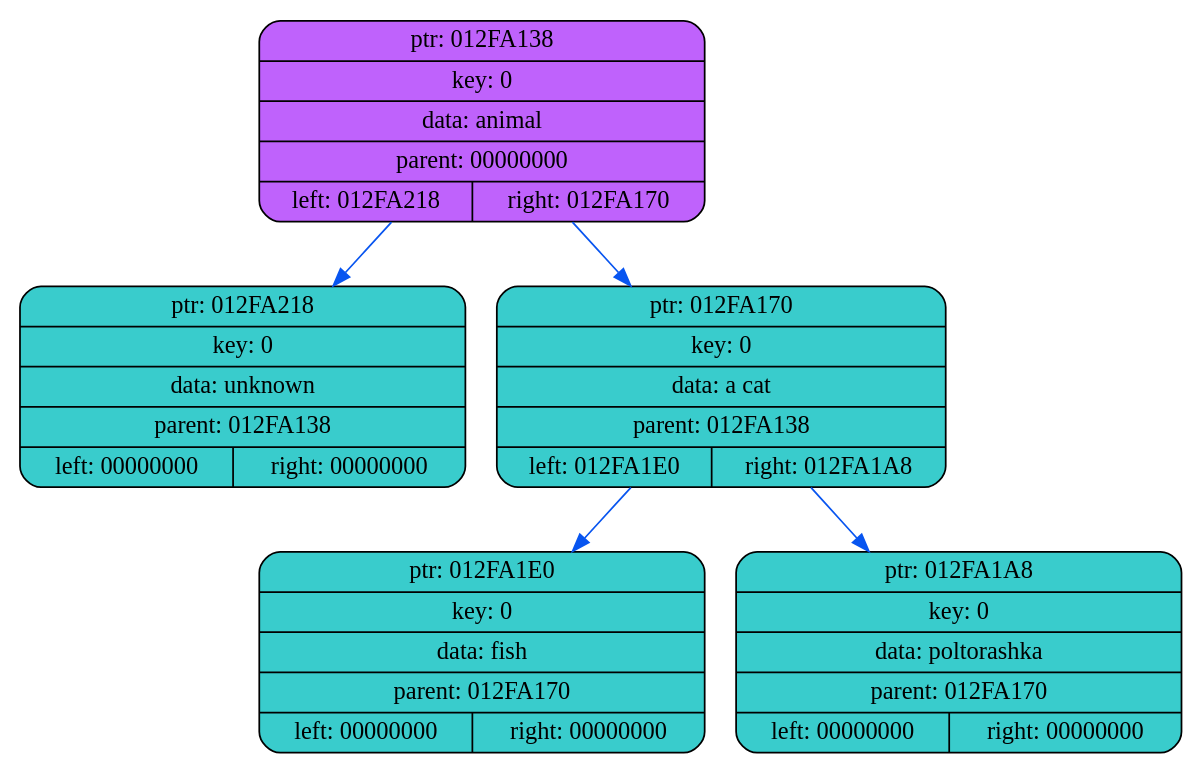
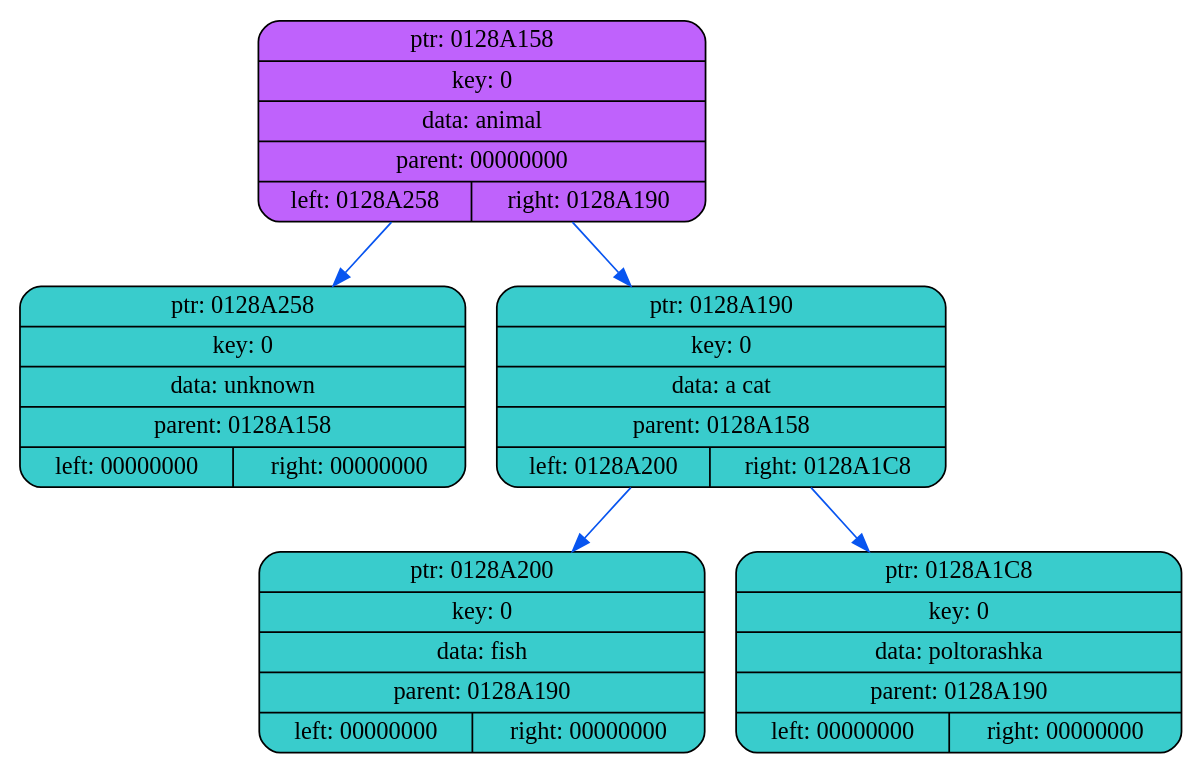
One commit to coffee8cat/akinator changed the diagram in dump/dump2.dot. Above: the diagram before and after it, drawn with Graphviz. The commit also changed 12 other files, not shown here.

```diff
--- a/dump/dump2.dot
+++ b/dump/dump2.dot
@@ -1,14 +1,14 @@
 digraph
 {
     rankdir=TP
 
-        node012FA138[shape=record,style="rounded,filled",fillcolor="#BF62FC",label="{ ptr: 012FA138 | key: 0 | data: animal| parent: 00000000| { left: 012FA218 | right: 012FA170 }}"];
-    node012FA138 -> node012FA218[color="#0855F0"]
-    node012FA218[shape=record,style="rounded,filled",fillcolor="#39CCCC",label="{ ptr: 012FA218 | key: 0 | data: unknown| parent: 012FA138 | { left: 00000000 | right: 00000000 }}"];
-    node012FA138 -> node012FA170[color="#0855F0"]
-    node012FA170[shape=record,style="rounded,filled",fillcolor="#39CCCC",label="{ ptr: 012FA170 | key: 0 | data: a cat| parent: 012FA138 | { left: 012FA1E0 | right: 012FA1A8 }}"];
-    node012FA170 -> node012FA1E0[color="#0855F0"]
-    node012FA1E0[shape=record,style="rounded,filled",fillcolor="#39CCCC",label="{ ptr: 012FA1E0 | key: 0 | data: fish| parent: 012FA170 | { left: 00000000 | right: 00000000 }}"];
-    node012FA170 -> node012FA1A8[color="#0855F0"]
-    node012FA1A8[shape=record,style="rounded,filled",fillcolor="#39CCCC",label="{ ptr: 012FA1A8 | key: 0 | data: poltorashka| parent: 012FA170 | { left: 00000000 | right: 00000000 }}"];
+        node0128A158[shape=record,style="rounded,filled",fillcolor="#BF62FC",label="{ ptr: 0128A158 | key: 0 | data: animal| parent: 00000000| { left: 0128A258 | right: 0128A190 }}"];
+    node0128A158 -> node0128A258[color="#0855F0"]
+    node0128A258[shape=record,style="rounded,filled",fillcolor="#39CCCC",label="{ ptr: 0128A258 | key: 0 | data: unknown| parent: 0128A158 | { left: 00000000 | right: 00000000 }}"];
+    node0128A158 -> node0128A190[color="#0855F0"]
+    node0128A190[shape=record,style="rounded,filled",fillcolor="#39CCCC",label="{ ptr: 0128A190 | key: 0 | data: a cat| parent: 0128A158 | { left: 0128A200 | right: 0128A1C8 }}"];
+    node0128A190 -> node0128A200[color="#0855F0"]
+    node0128A200[shape=record,style="rounded,filled",fillcolor="#39CCCC",label="{ ptr: 0128A200 | key: 0 | data: fish| parent: 0128A190 | { left: 00000000 | right: 00000000 }}"];
+    node0128A190 -> node0128A1C8[color="#0855F0"]
+    node0128A1C8[shape=record,style="rounded,filled",fillcolor="#39CCCC",label="{ ptr: 0128A1C8 | key: 0 | data: poltorashka| parent: 0128A190 | { left: 00000000 | right: 00000000 }}"];
 }
```
